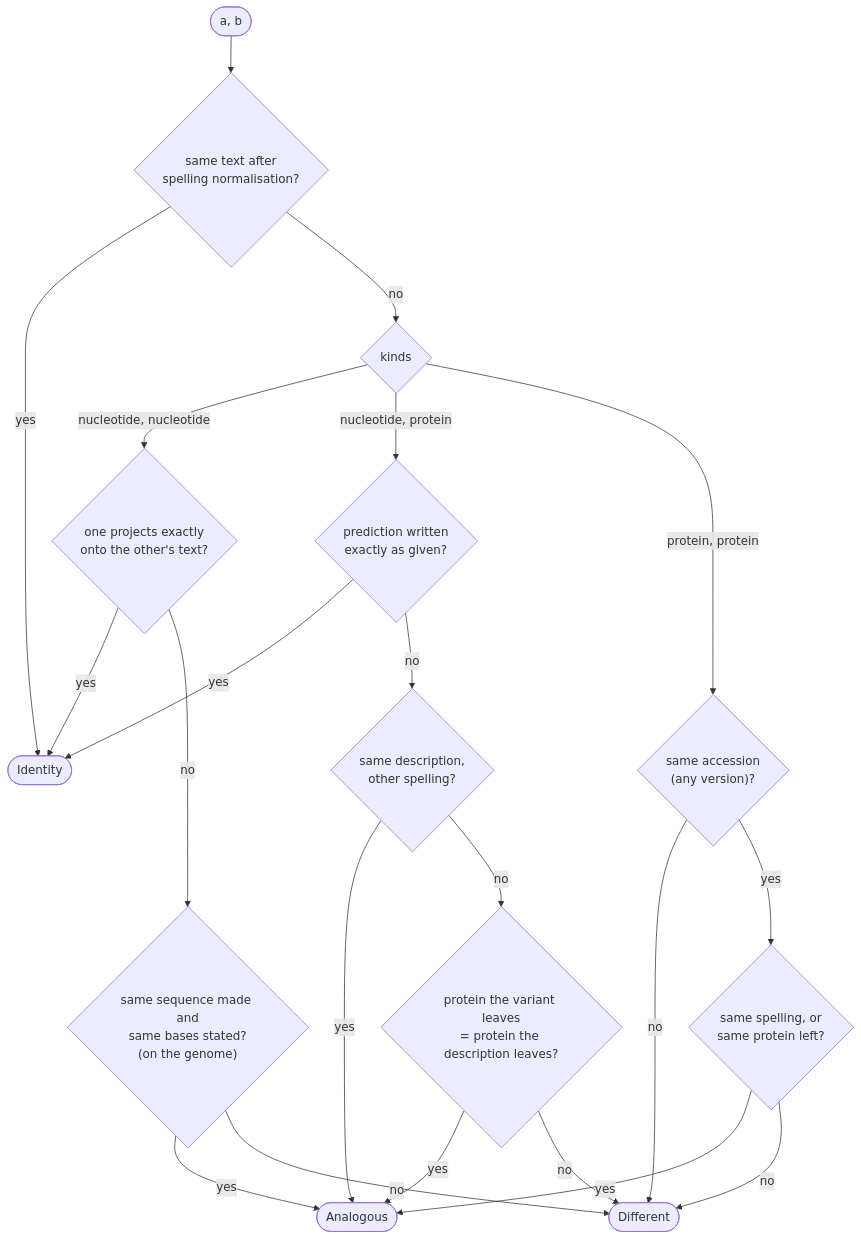
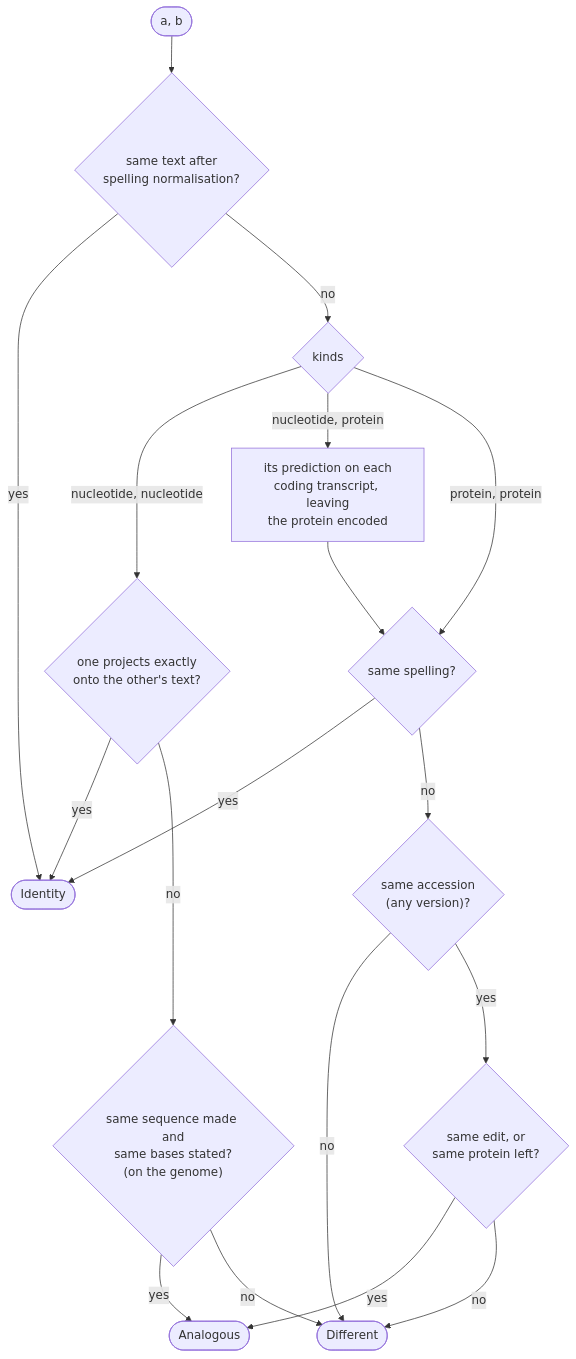
One commit to populationgenomics/hgvs-weaver changed the diagram in docs/source/equivalence_logic.md. Above: the diagram before and after it, drawn with Mermaid. The commit also changed other lines of this file and 13 other files, not shown here.

First line of the commit message:
A coding change is judged against a p. description by the rules two p. descriptions are (#95)

````diff
--- a/docs/source/equivalence_logic.md
+++ b/docs/source/equivalence_logic.md
@@ -25,23 +25,20 @@
 ```mermaid
 flowchart TD
     Start(["a, b"]) --> Text{"same text after<br/>spelling normalisation?"}
     Text -- yes --> Identity([Identity])
     Text -- no --> Kind{kinds}
     Kind -- "nucleotide, nucleotide" --> Proj{"one projects exactly<br/>onto the other's text?"}
     Proj -- yes --> Identity
     Proj -- no --> Allele{"same sequence made and<br/>same bases stated?<br/>(on the genome)"}
-    Kind -- "nucleotide, protein" --> Pred{"prediction written<br/>exactly as given?"}
-    Pred -- yes --> Identity
-    Pred -- no --> Spell{"same description,<br/>other spelling?"}
-    Spell -- yes --> Analogous([Analogous])
-    Spell -- no --> Left{"protein the variant leaves<br/>= protein the description leaves?"}
-    Kind -- "protein, protein" --> Base{"same accession<br/>(any version)?"}
+    Kind -- "nucleotide, protein" --> Pred["its prediction on each<br/>coding transcript, leaving<br/>the protein encoded"]
+    Pred --> Prot
+    Kind -- "protein, protein" --> Prot{"same spelling?"}
+    Prot -- yes --> Identity
+    Prot -- no --> Base{"same accession<br/>(any version)?"}
     Base -- no --> Different([Different])
-    Base -- yes --> Left2{"same spelling, or<br/>same protein left?"}
-    Allele -- yes --> Analogous
+    Base -- yes --> Left{"same edit, or<br/>same protein left?"}
+    Allele -- yes --> Analogous([Analogous])
     Allele -- no --> Different
     Left -- yes --> Analogous
     Left -- no --> Different
-    Left2 -- yes --> Analogous
-    Left2 -- no --> Different
 ```
````
